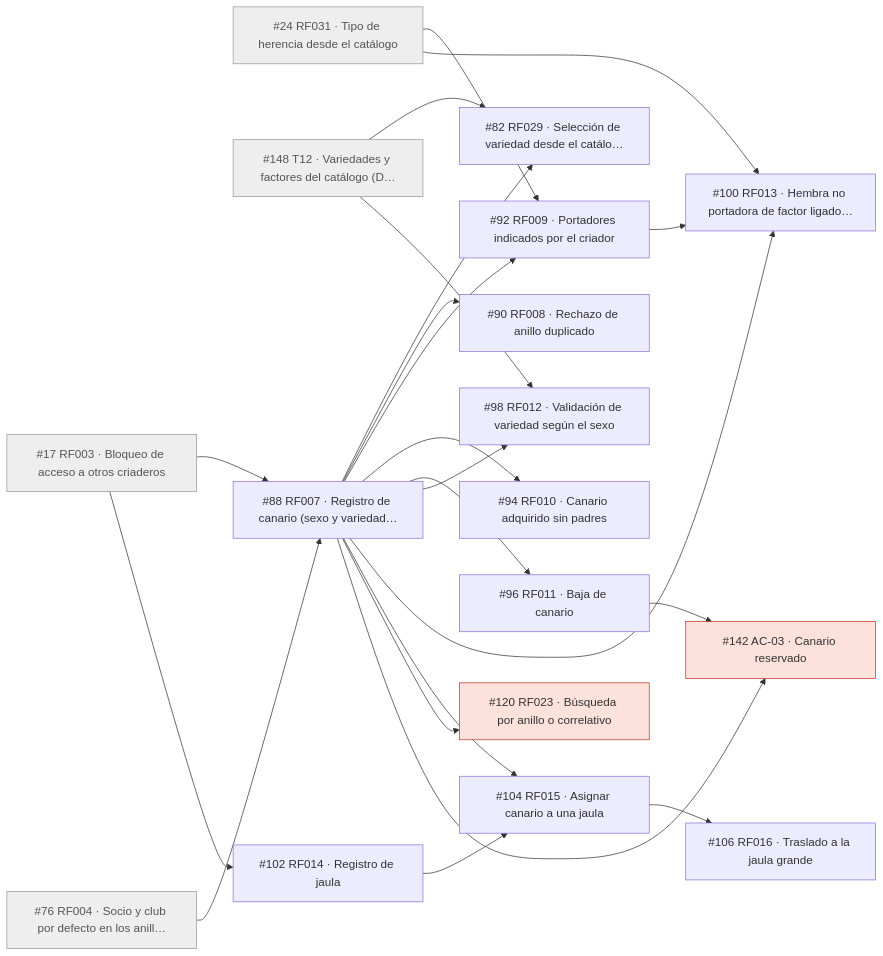
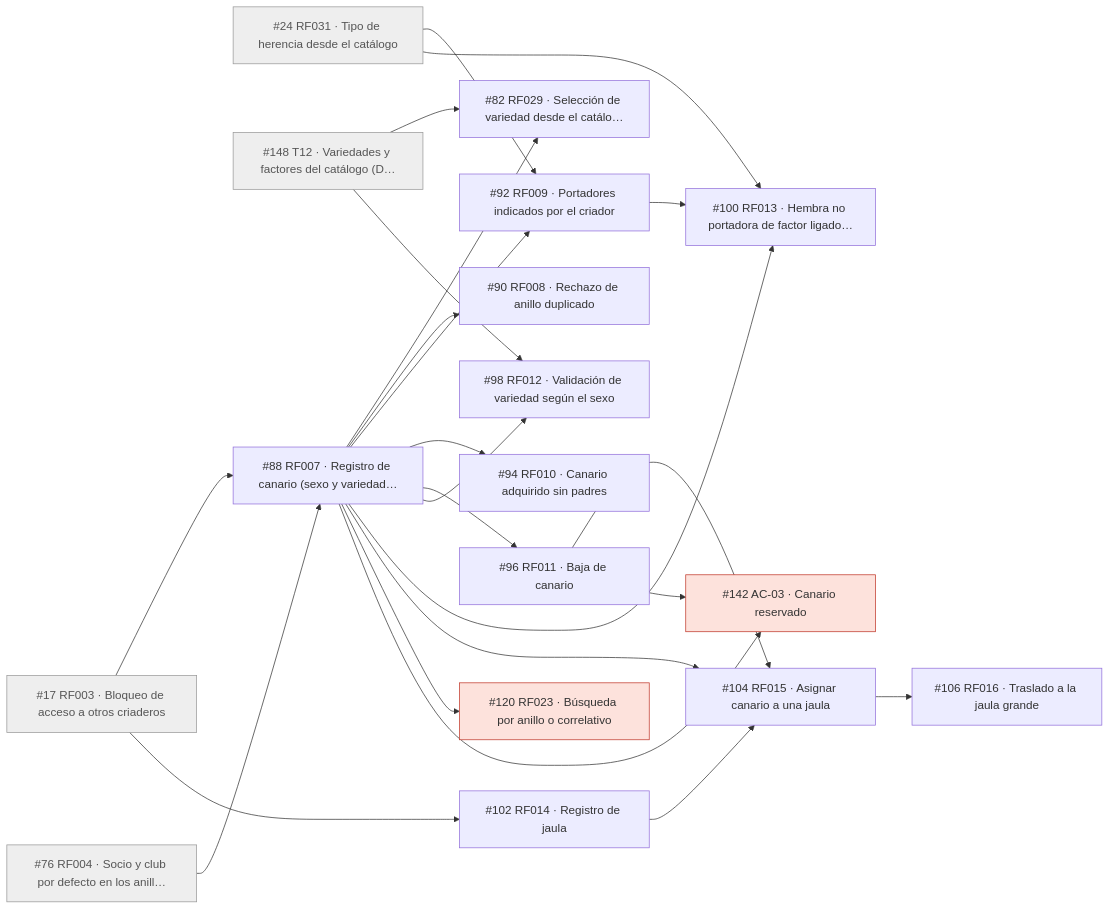
One commit to JereR1621/sistema-gestion-criadero-canarios changed the third of 11 diagrams in docs/guia-issues.md. Above: the diagram before and after it, drawn with Mermaid. The commit also changed other lines of this file and 4 other files, not shown here.

````diff
--- a/docs/guia-issues.md
+++ b/docs/guia-issues.md
@@ -112,43 +112,44 @@
 ```mermaid
 flowchart LR
     n17["#17 RF003 · Bloqueo de acceso a otros criaderos"]:::antes
     n24["#24 RF031 · Tipo de herencia desde el catálogo"]:::antes
     n76["#76 RF004 · Socio y club por defecto en los anill…"]:::antes
     n148["#148 T12 · Variedades y factores del catálogo (D…"]:::antes
     n82["#82 RF029 · Selección de variedad desde el catálo…"]
     n88["#88 RF007 · Registro de canario (sexo y variedad…"]
     n90["#90 RF008 · Rechazo de anillo duplicado"]
     n92["#92 RF009 · Portadores indicados por el criador"]
     n94["#94 RF010 · Canario adquirido sin padres"]
     n96["#96 RF011 · Baja de canario"]
     n98["#98 RF012 · Validación de variedad según el sexo"]
     n100["#100 RF013 · Hembra no portadora de factor ligado…"]
     n102["#102 RF014 · Registro de jaula"]
     n104["#104 RF015 · Asignar canario a una jaula"]
     n106["#106 RF016 · Traslado a la jaula grande"]
     n120["#120 RF023 · Búsqueda por anillo o correlativo"]:::ajuste
     n142["#142 AC-03 · Canario reservado"]:::ajuste
     n88 --> n82
     n148 --> n82
     n17 --> n88
     n76 --> n88
     n88 --> n90
     n88 --> n92
     n24 --> n92
     n88 --> n94
     n88 --> n96
     n88 --> n98
     n148 --> n98
     n92 --> n100
     n24 --> n100
     n88 --> n100
     n17 --> n102
     n102 --> n104
     n88 --> n104
+    n96 --> n104
     n104 --> n106
     n88 --> n120
     n88 --> n142
     n96 --> n142
     classDef antes fill:#eeeeee,stroke:#999999,color:#555555
     classDef ajuste fill:#fde2dc,stroke:#c0392b
 ```
````
